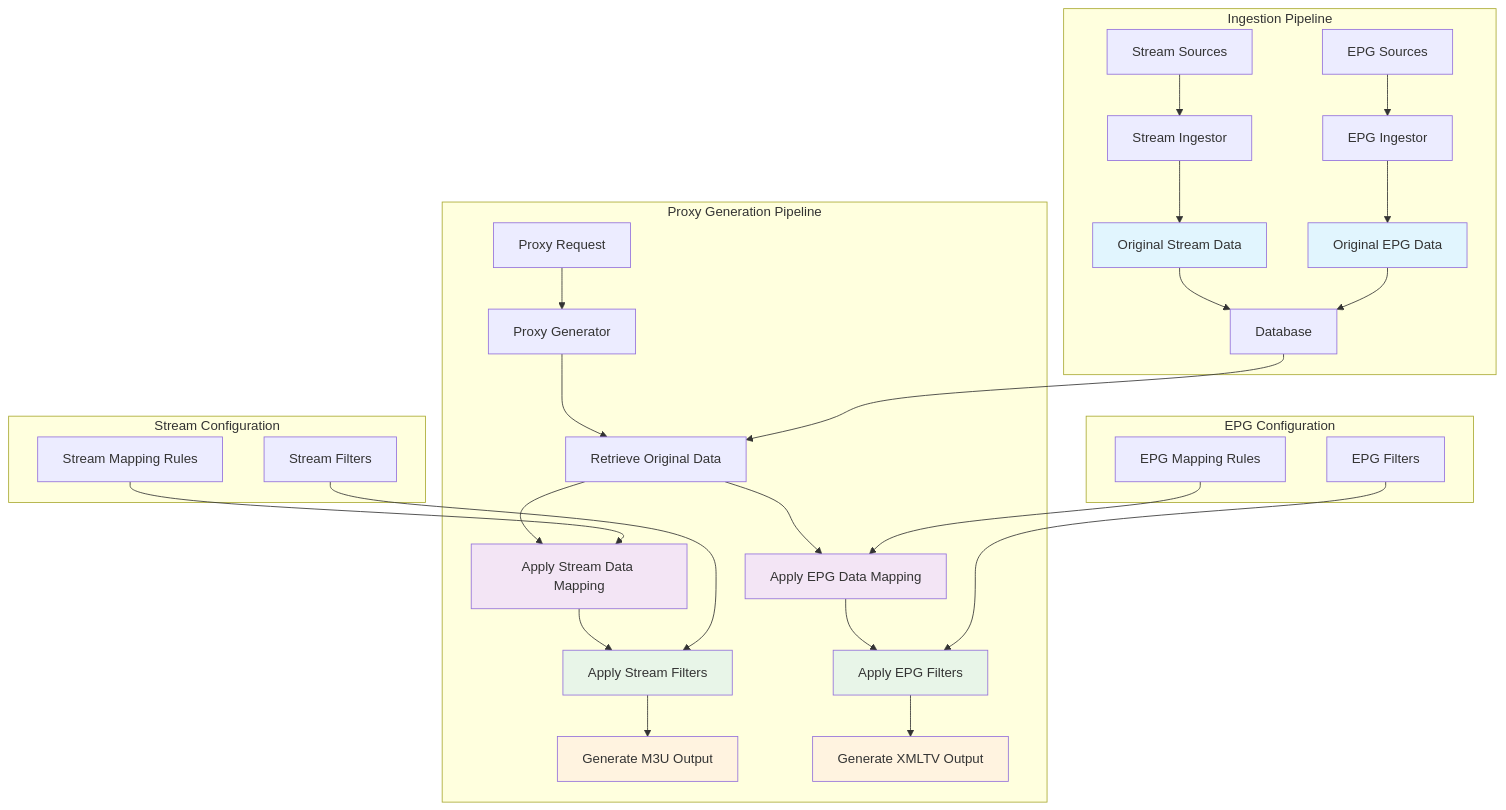
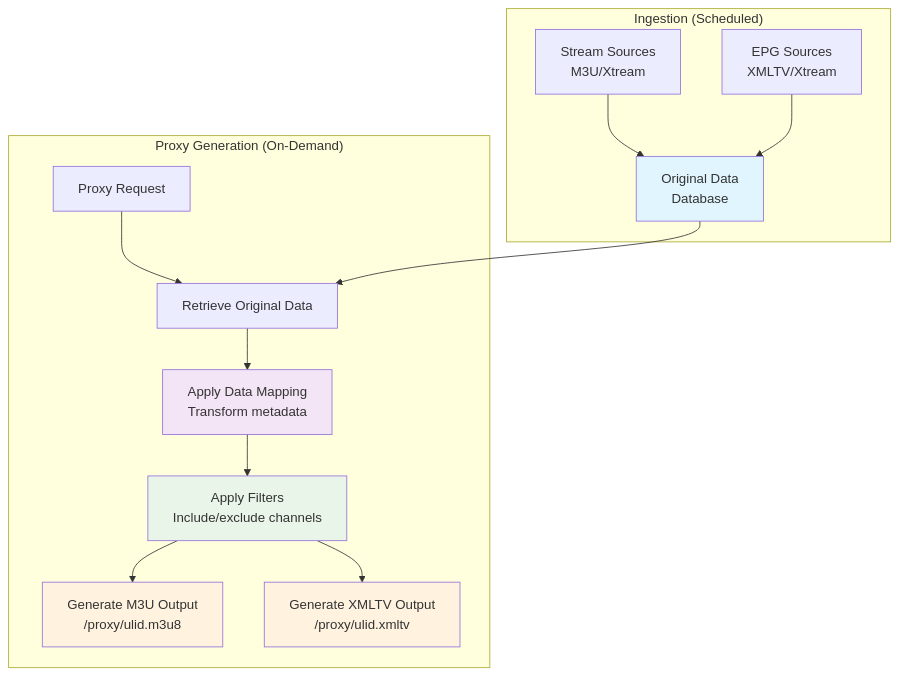
One commit to jmylchreest/m3u-proxy changed the diagram in README.md. Above: the diagram before and after it, drawn with Mermaid. The commit also changed other lines of this file and 3 other files, not shown here.

````diff
--- a/README.md
+++ b/README.md
@@ -175,66 +141,34 @@
 ```mermaid
 graph TD
-    A[Stream Sources] --> B[Stream Ingestor]
-    A2[EPG Sources] --> B2[EPG Ingestor]
-    B --> C[Original Stream Data]
-    B2 --> C2[Original EPG Data]
-    C --> D[Database]
-    C2 --> D
+    A[Stream Sources<br/>M3U/Xtream] --> C[Original Data<br/>Database]
+    B[EPG Sources<br/>XMLTV/Xtream] --> C
     
-    E[Proxy Request] --> F[Proxy Generator]
-    F --> G[Retrieve Original Data]
-    G --> H[Apply Stream Data Mapping]
-    G --> H2[Apply EPG Data Mapping]
-    H --> I[Apply Stream Filters]
-    H2 --> I2[Apply EPG Filters]
-    I --> J[Generate M3U Output]
-    I2 --> J2[Generate XMLTV Output]
+    D[Proxy Request] --> E[Retrieve Original Data]
+    E --> F[Apply Data Mapping<br/>Transform metadata]
+    F --> G[Apply Filters<br/>Include/exclude channels]
+    G --> H[Generate M3U Output<br/>/proxy/ulid.m3u8]
+    G --> I[Generate XMLTV Output<br/>/proxy/ulid.xmltv]
     
-    K[Stream Mapping Rules] --> H
-    K2[EPG Mapping Rules] --> H2
-    L[Stream Filters] --> I
-    L2[EPG Filters] --> I2
+    C --> E
     
-    D --> G
-    
-    subgraph "Ingestion Pipeline"
+    subgraph "Ingestion (Scheduled)"
         A
-        A2
         B
-        B2
         C
-        C2
-        D
     end
     
-    subgraph "Proxy Generation Pipeline"
+    subgraph "Proxy Generation (On-Demand)"
+        D
         E
         F
         G
         H
-        H2
         I
-        I2
-        J
-        J2
-    end
-    
-    subgraph "Stream Configuration"
-        K
-        L
-    end
-    
-    subgraph "EPG Configuration"
-        K2
-        L2
     end
     
     style C fill:#e1f5fe
-    style C2 fill:#e1f5fe
-    style H fill:#f3e5f5
-    style H2 fill:#f3e5f5
-    style I fill:#e8f5e8
-    style I2 fill:#e8f5e8
-    style J fill:#fff3e0
-    style J2 fill:#fff3e0
+    style F fill:#f3e5f5
+    style G fill:#e8f5e8
+    style H fill:#fff3e0
+    style I fill:#fff3e0
 ```
````
